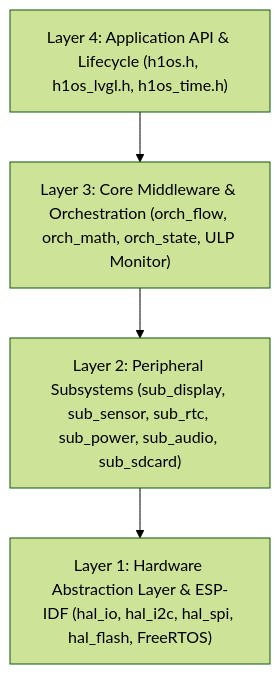
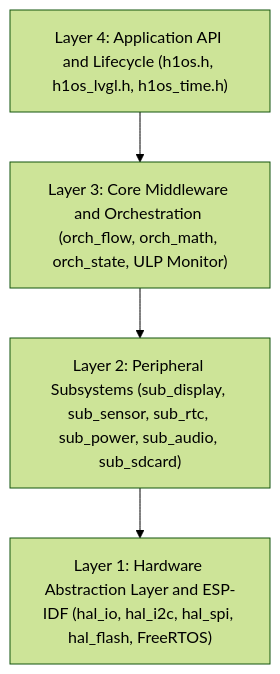
Before and after one commit to Humidyne-Labs/H1OS: the diagram in README.md, drawn with Mermaid (forest theme). The commit also changed 9 other files, not shown here.

Commit message:
docs(arch): audit and reconcile architecture specs, pinouts, and driver matrices

````diff
--- a/README.md
+++ b/README.md
@@ -70,11 +70,11 @@
 ```mermaid
 graph TD
-    L4["Layer 4: Application API & Lifecycle (h1os.h, h1os_lvgl.h, h1os_time.h)"]
-    L3["Layer 3: Core Middleware & Orchestration (orch_flow, orch_math, orch_state, ULP Monitor)"]
+    L4["Layer 4: Application API and Lifecycle (h1os.h, h1os_lvgl.h, h1os_time.h)"]
+    L3["Layer 3: Core Middleware and Orchestration (orch_flow, orch_math, orch_state, ULP Monitor)"]
     L2["Layer 2: Peripheral Subsystems (sub_display, sub_sensor, sub_rtc, sub_power, sub_audio, sub_sdcard)"]
-    L1["Layer 1: Hardware Abstraction Layer & ESP-IDF (hal_io, hal_i2c, hal_spi, hal_flash, FreeRTOS)"]
+    L1["Layer 1: Hardware Abstraction Layer and ESP-IDF (hal_io, hal_i2c, hal_spi, hal_flash, FreeRTOS)"]
     L4 --> L3
     L3 --> L2
     L2 --> L1
 
 ```
````
